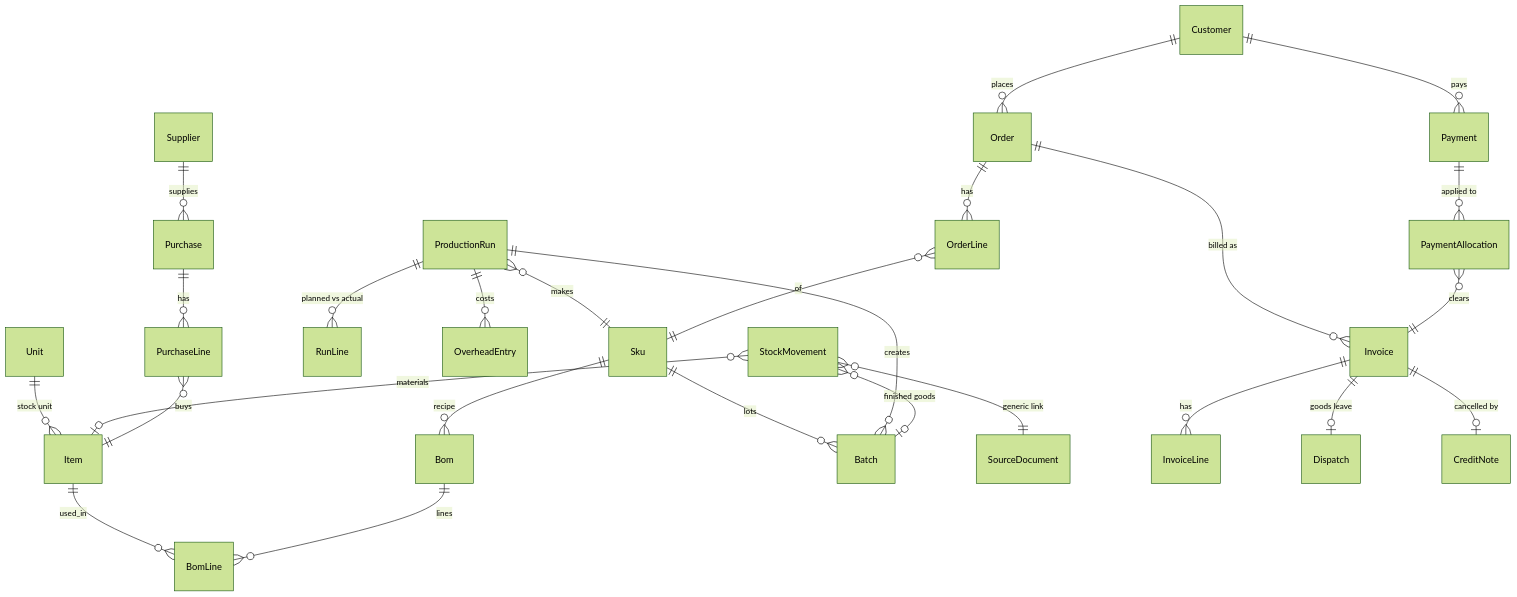
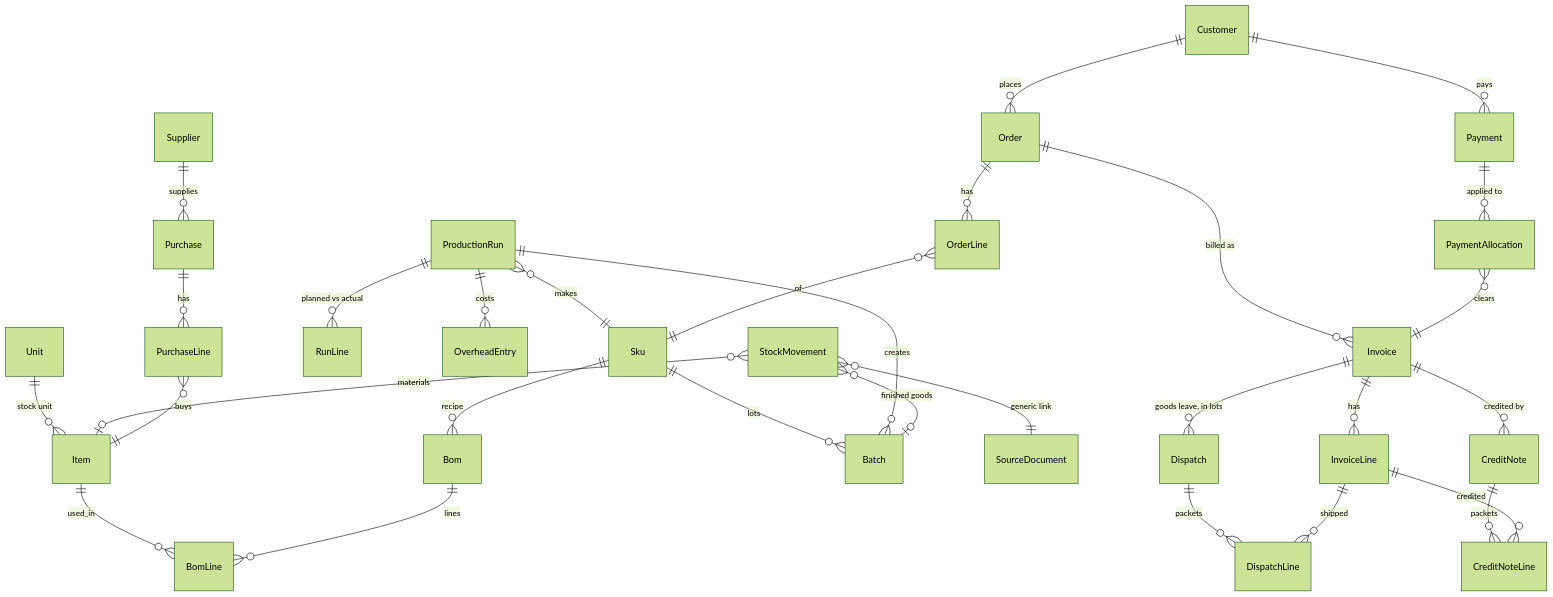
Before and after one commit to Swas00/order-to-audit: the diagram in docs/DESIGN.md, drawn with Mermaid (forest theme). The commit also changed other lines of this file and 20 other files, not shown here.

Commit message:
Partial dispatch (invoice shipped in lots) and partial returns (credit notes for some packets, restocked to original batches); reports, Tally and PDF follow; 34 new tests incl. data upgrade

````diff
--- a/docs/DESIGN.md
+++ b/docs/DESIGN.md
@@ -14,28 +14,32 @@
 ```mermaid
 erDiagram
     Unit ||--o{ Item : "stock unit"
     Item ||--o{ BomLine : used_in
     Sku ||--o{ Bom : recipe
     Bom ||--o{ BomLine : lines
     Sku ||--o{ Batch : lots
     ProductionRun }o--|| Sku : makes
     ProductionRun ||--o{ RunLine : "planned vs actual"
     ProductionRun ||--o{ Batch : creates
     ProductionRun ||--o{ OverheadEntry : costs
     StockMovement }o--o| Item : materials
     StockMovement }o--o| Batch : "finished goods"
     StockMovement }o--|| SourceDocument : "generic link"
     Customer ||--o{ Order : places
     Order ||--o{ OrderLine : has
     OrderLine }o--|| Sku : of
     Order ||--o{ Invoice : "billed as"
     Invoice ||--o{ InvoiceLine : has
-    Invoice ||--o| Dispatch : "goods leave"
-    Invoice ||--o| CreditNote : "cancelled by"
+    Invoice ||--o{ Dispatch : "goods leave, in lots"
+    Dispatch ||--o{ DispatchLine : packets
+    InvoiceLine ||--o{ DispatchLine : shipped
+    CreditNote ||--o{ CreditNoteLine : packets
+    InvoiceLine ||--o{ CreditNoteLine : credited
+    Invoice ||--o{ CreditNote : "credited by"
     Customer ||--o{ Payment : pays
     Payment ||--o{ PaymentAllocation : "applied to"
     PaymentAllocation }o--|| Invoice : clears
     Supplier ||--o{ Purchase : supplies
     Purchase ||--o{ PurchaseLine : has
     PurchaseLine }o--|| Item : buys
 ```
````
